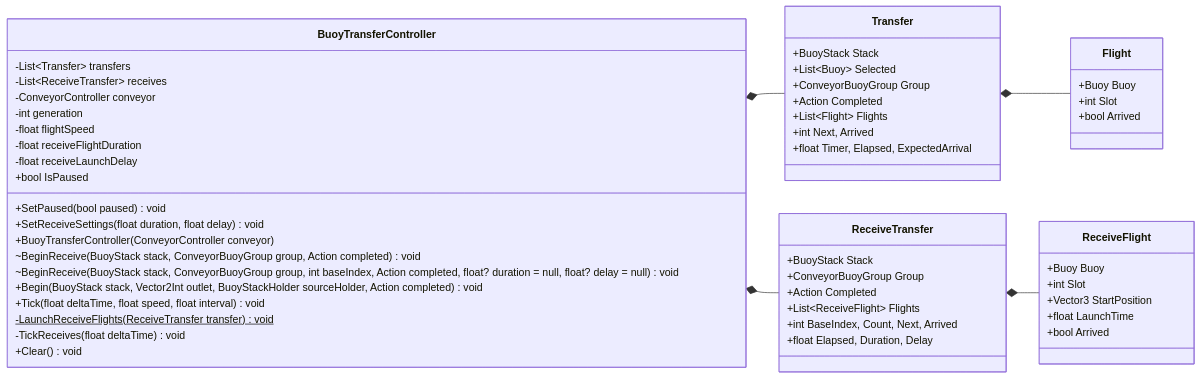
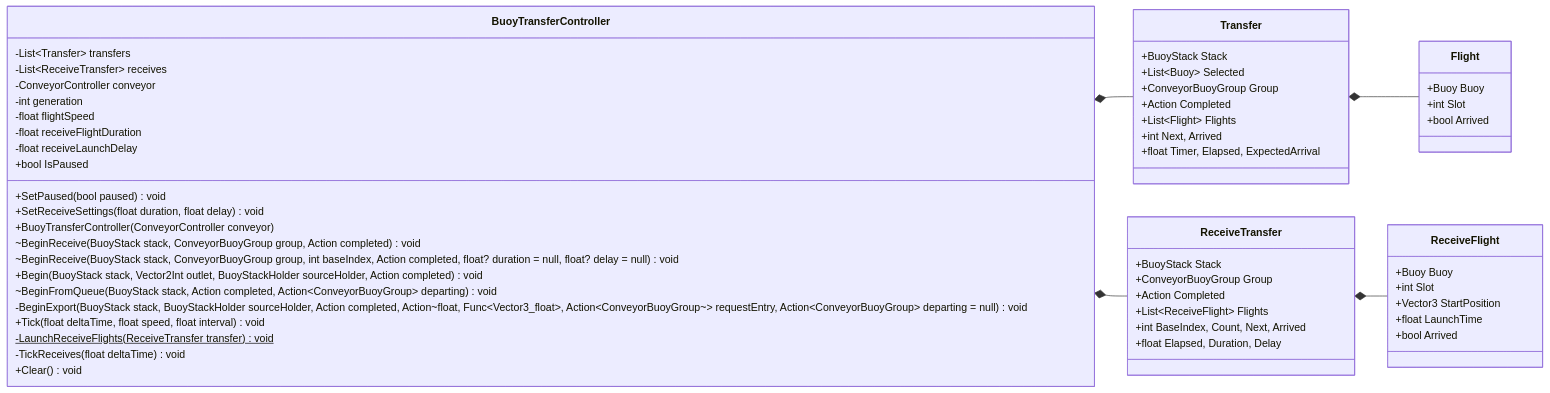
Before and after one commit to nchuoi2443/WaterConveyorSort: the sixth of 8 diagrams in Docs/ClassDiagram.md, drawn with Mermaid. The commit also changed other lines of this file and 17 other files, not shown here.

````diff
--- a/Docs/ClassDiagram.md
+++ b/Docs/ClassDiagram.md
@@ -1055,57 +1100,59 @@
 ```mermaid
 classDiagram
 direction LR
 class BuoyTransferController {
     -List~Transfer~ transfers
     -List~ReceiveTransfer~ receives
     -ConveyorController conveyor
     -int generation
     -float flightSpeed
     -float receiveFlightDuration
     -float receiveLaunchDelay
     +bool IsPaused
     +SetPaused(bool paused) void
     +SetReceiveSettings(float duration, float delay) void
     +BuoyTransferController(ConveyorController conveyor)
     ~BeginReceive(BuoyStack stack, ConveyorBuoyGroup group, Action completed) void
     ~BeginReceive(BuoyStack stack, ConveyorBuoyGroup group, int baseIndex, Action completed, float? duration = null, float? delay = null) void
     +Begin(BuoyStack stack, Vector2Int outlet, BuoyStackHolder sourceHolder, Action completed) void
+    ~BeginFromQueue(BuoyStack stack, Action completed, Action~ConveyorBuoyGroup~ departing) void
+    -BeginExport(BuoyStack stack, BuoyStackHolder sourceHolder, Action completed, Action~float, Func~Vector3_float~, Action~ConveyorBuoyGroup~~ requestEntry, Action~ConveyorBuoyGroup~ departing = null) void
     +Tick(float deltaTime, float speed, float interval) void
     -LaunchReceiveFlights(ReceiveTransfer transfer) void$
     -TickReceives(float deltaTime) void
     +Clear() void
 }
 class Transfer {
     +BuoyStack Stack
     +List~Buoy~ Selected
     +ConveyorBuoyGroup Group
     +Action Completed
     +List~Flight~ Flights
     +int Next, Arrived
     +float Timer, Elapsed, ExpectedArrival
 }
 class ReceiveTransfer {
     +BuoyStack Stack
     +ConveyorBuoyGroup Group
     +Action Completed
     +List~ReceiveFlight~ Flights
     +int BaseIndex, Count, Next, Arrived
     +float Elapsed, Duration, Delay
 }
 class ReceiveFlight {
     +Buoy Buoy
     +int Slot
     +Vector3 StartPosition
     +float LaunchTime
     +bool Arrived
 }
 class Flight {
     +Buoy Buoy
     +int Slot
     +bool Arrived
 }
 BuoyTransferController *-- Transfer
 BuoyTransferController *-- ReceiveTransfer
 Transfer *-- Flight
 ReceiveTransfer *-- ReceiveFlight
 ```
````
